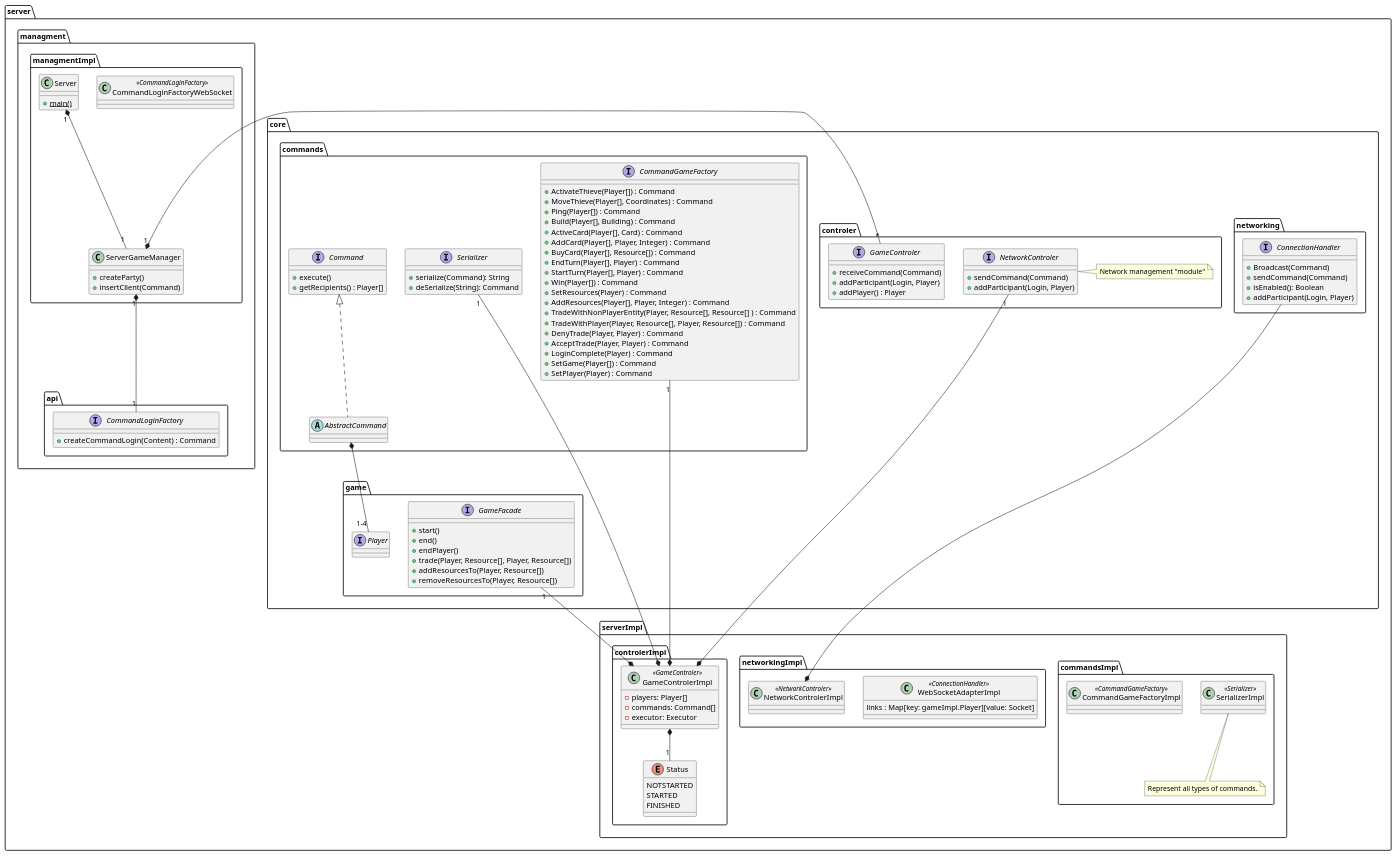
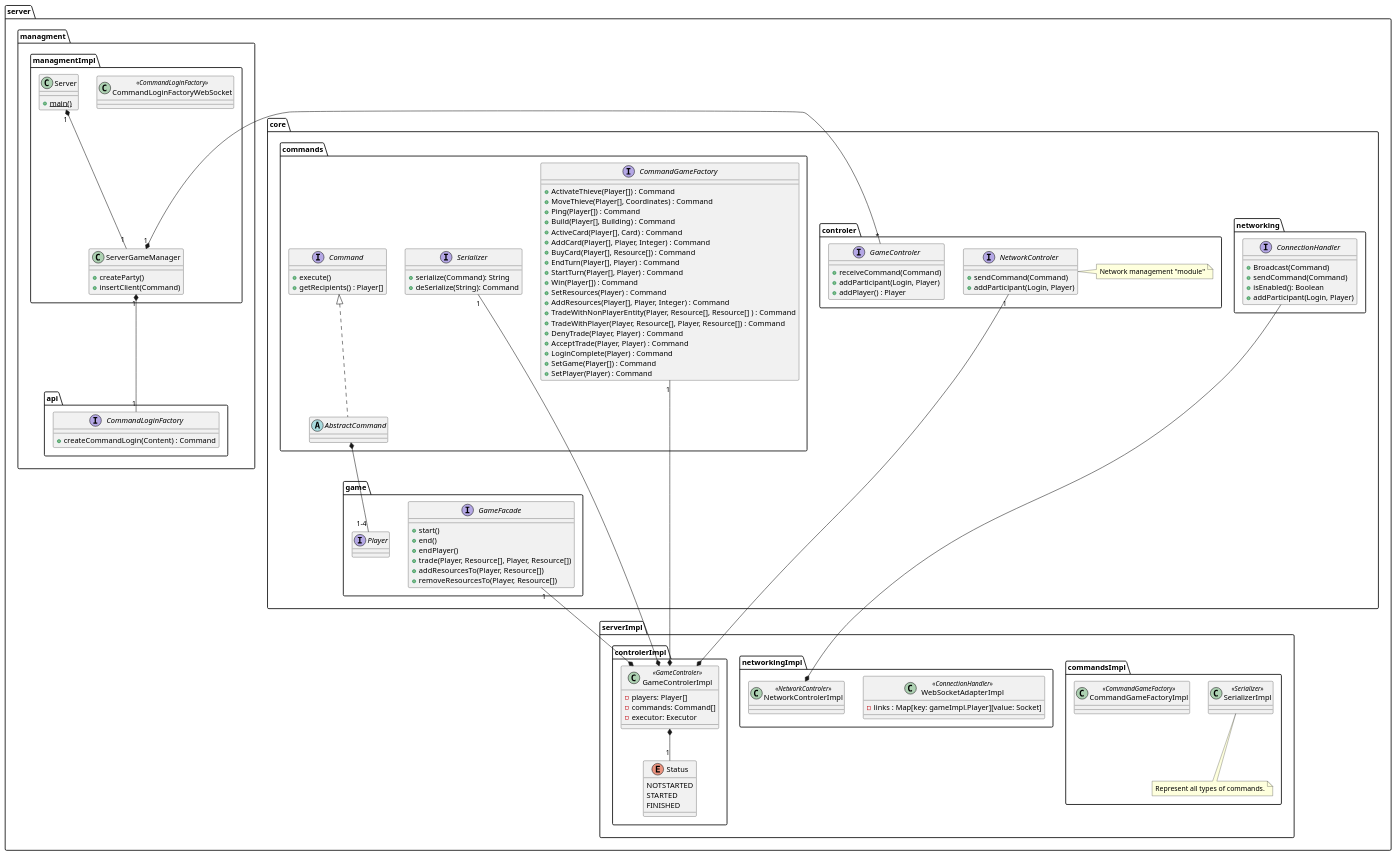
Before and after one commit to theray1/Les-Colons-De-Catane: the diagram in catan-doc/modules/conception/pages/classDiagramServer.plantuml, drawn with PlantUML. The commit also changed 4 other files, not shown here.

```diff
--- a/catan-doc/modules/conception/pages/classDiagramServer.plantuml
+++ b/catan-doc/modules/conception/pages/classDiagramServer.plantuml
@@ -1,144 +1,144 @@
 @startuml
 package server {
     package core {
         package game {
-        	   interface Player{}
+        	interface Player{}
             interface GameFacade {
 	        	+start()
 	        	+end()
 	        	+endPlayer()
 	        	+trade(Player, Resource[], Player, Resource[])
 	        	+addResourcesTo(Player, Resource[])
 	        	+removeResourcesTo(Player, Resource[])
             }
         }
         package commands {
             interface CommandGameFactory {
             	+ActivateThieve(Player[]) : Command
             	+MoveThieve(Player[], Coordinates) : Command
             	+Ping(Player[]) : Command
             	+Build(Player[], Building) : Command
             	+ActiveCard(Player[], Card) : Command
             	+AddCard(Player[], Player, Integer) : Command
             	+BuyCard(Player[], Resource[]) : Command
             	+EndTurn(Player[], Player) : Command
             	+StartTurn(Player[], Player) : Command
             	+Win(Player[]) : Command
             	+SetResources(Player) : Command
             	+AddResources(Player[], Player, Integer) : Command
             	+TradeWithNonPlayerEntity(Player, Resource[], Resource[] ) : Command
             	+TradeWithPlayer(Player, Resource[], Player, Resource[]) : Command
             	+DenyTrade(Player, Player) : Command
             	+AcceptTrade(Player, Player) : Command
             	+LoginComplete(Player) : Command
             	+SetGame(Player[]) : Command
             	+SetPlayer(Player) : Command
             }
             interface Command {
                 +execute()
                 +getRecipients() : Player[]
             }
 
             interface Serializer {
                 +serialize(Command): String
                 +deSerialize(String): Command
             }
             
             abstract AbstractCommand implements Command{}
         }
 
         package networking {
             interface ConnectionHandler {
                 +Broadcast(Command)
                 +sendCommand(Command)
                 +isEnabled(): Boolean
                 +addParticipant(Login, Player)
             }
         }
 
         package controler {
             interface NetworkControler {
             	+sendCommand(Command)
             	+addParticipant(Login, Player)
             }
             note right: Network management "module"
 
             interface GameControler {
                 +receiveCommand(Command)
                 +addParticipant(Login, Player)
                 +addPlayer() : Player
             }
 
         }
 
     }
       
     package serverImpl {
         package commandsImpl {
             class SerializerImpl <<Serializer>>{}
             note bottom : Represent all types of commands.
             class CommandGameFactoryImpl <<CommandGameFactory>>{}
             AbstractCommand *-- "1-4"  Player
         }
 
         package networkingImpl {
             class WebSocketAdapterImpl <<ConnectionHandler>>{
-               links : Map[key: gameImpl.Player][value: Socket]
+               -links : Map[key: gameImpl.Player][value: Socket]
             }
             class NetworkControlerImpl <<NetworkControler>>{}
             
             NetworkControlerImpl *-up- ConnectionHandler
 		   
         }
         package controlerImpl {
         
 	        Enum Status{
     	   		NOTSTARTED
     	   		STARTED
     	   		FINISHED
 	        }
 
             class GameControlerImpl <<GameControler>>{
                 -players: Player[]
                 -commands: Command[]
 				-executor: Executor
             }
             GameControlerImpl *-up- "1" CommandGameFactory
             GameControlerImpl *-up- "1" NetworkControler
             GameControlerImpl *-up- "1" GameFacade
             GameControlerImpl *-up- "1" Serializer
             GameControlerImpl *-- "1" Status
             
         }
     }
  
     
     package managment{
     	package api{
     		interface CommandLoginFactory{
 	    		+createCommandLogin(Content) : Command
 	    	}
     	}
     	
     	package managmentImpl{
     		class CommandLoginFactoryWebSocket <<CommandLoginFactory>>{}
     		
 		    
 		    class ServerGameManager{
 		    	+createParty()
 		    	+insertClient(Command)
 		    }
 			
 		    class Server {
 		        {static}+main()
 		    }
 		    
 		    ServerGameManager "1" *-right- "*" GameControler
 		    ServerGameManager "1" *-down- "1" CommandLoginFactory
 		    Server "1" *-down- "1" ServerGameManager
     	}
     
     }
 
 }
 @enduml
```
